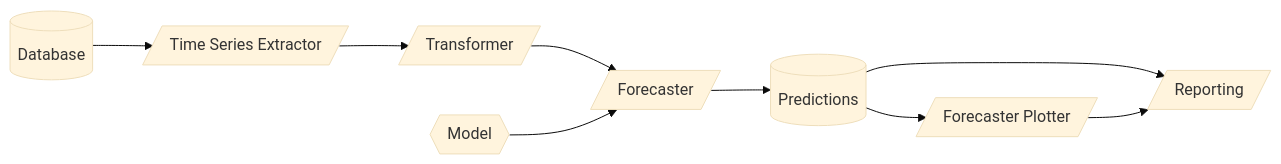
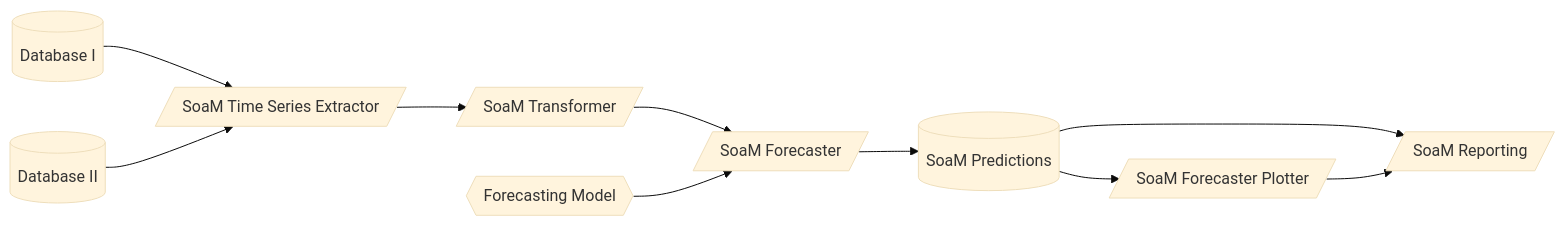
The diagram in soam/end2end.md (MuttData/soam), drawn with Mermaid (base theme) before and after one commit. The commit also changed other lines of this file, not shown here.

Commit message:
mermaid test

````diff
--- a/soam/end2end.md
+++ b/soam/end2end.md
@@ -16,11 +16,12 @@
 ```mermaid
 graph LR;
-  id1[(Database)]-->id2[/Time Series Extractor/];
-  id2-->id3[/Transformer/];
-  id3-->id4[/Forecaster/];
-  id5{{Model}}-->id4;
-  id4-->id6[(Predictions)];
-  id6-->id7[/Forecaster Plotter/];
-  id6-->id8[/Reporting/];
+  id0[(Database I)]-->id2[/SoaM Time Series Extractor/];
+  id1[(Database II)]-->id2;
+  id2-->id3[/SoaM Transformer/];
+  id3-->id4[/SoaM Forecaster/];
+  id5{{Forecasting Model}}-->id4;
+  id4-->id6[(SoaM Predictions)];
+  id6-->id7[/SoaM Forecaster Plotter/];
+  id6-->id8[/SoaM Reporting/];
   id7-->id8;
 ```
````
